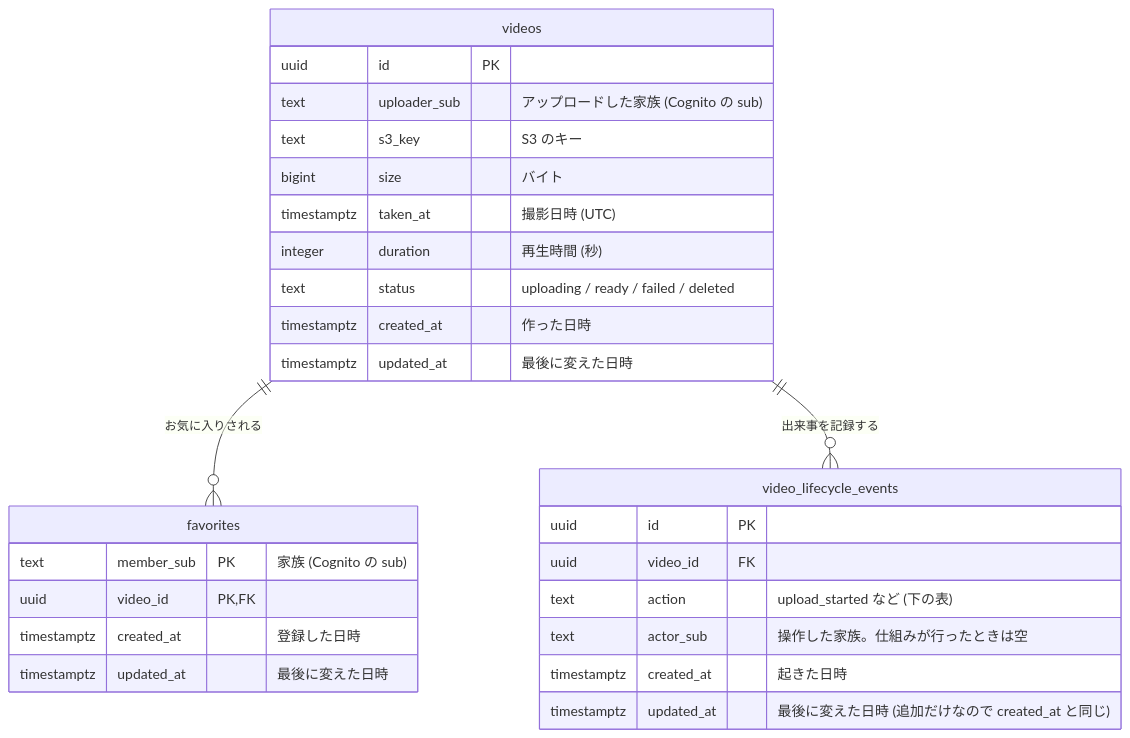
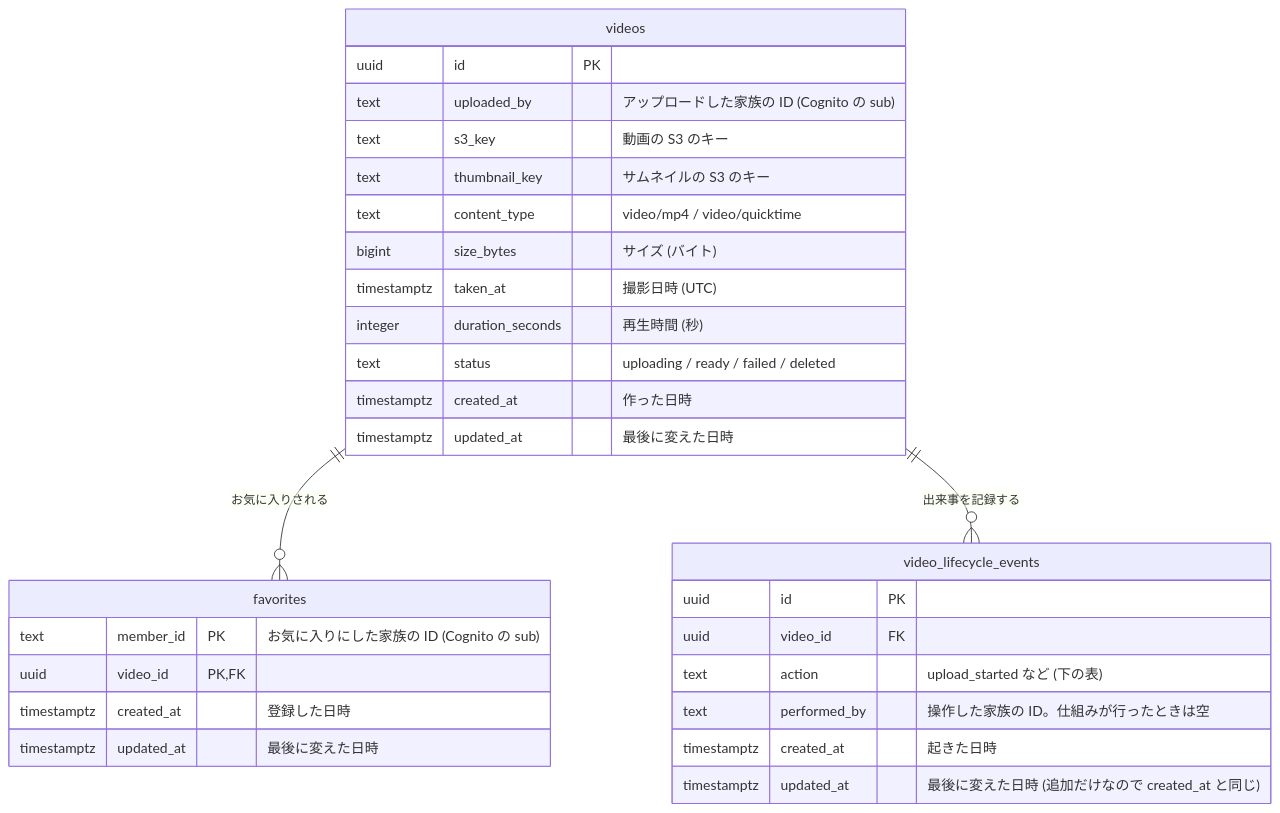
Before and after one commit to Inouey1008/family-video: the first of 2 diagrams in docs/specs/data.md, drawn with Mermaid. The commit also changed other lines of this file, not shown here.

Commit message:
docs: 列の名前をそろえ、サムネイルのキーと Content-Type の列を足す

````diff
--- a/docs/specs/data.md
+++ b/docs/specs/data.md
@@ -9,30 +9,32 @@
 ```mermaid
 erDiagram
   videos ||--o{ favorites : "お気に入りされる"
   videos ||--o{ video_lifecycle_events : "出来事を記録する"
   videos {
     uuid id PK
-    text uploader_sub "アップロードした家族 (Cognito の sub)"
-    text s3_key "S3 のキー"
-    bigint size "バイト"
+    text uploaded_by "アップロードした家族の ID (Cognito の sub)"
+    text s3_key "動画の S3 のキー"
+    text thumbnail_key "サムネイルの S3 のキー"
+    text content_type "video/mp4 / video/quicktime"
+    bigint size_bytes "サイズ (バイト)"
     timestamptz taken_at "撮影日時 (UTC)"
-    integer duration "再生時間 (秒)"
+    integer duration_seconds "再生時間 (秒)"
     text status "uploading / ready / failed / deleted"
     timestamptz created_at "作った日時"
     timestamptz updated_at "最後に変えた日時"
   }
   favorites {
-    text member_sub PK "家族 (Cognito の sub)"
+    text member_id PK "お気に入りにした家族の ID (Cognito の sub)"
     uuid video_id PK, FK
     timestamptz created_at "登録した日時"
     timestamptz updated_at "最後に変えた日時"
   }
   video_lifecycle_events {
     uuid id PK
     uuid video_id FK
     text action "upload_started など (下の表)"
-    text actor_sub "操作した家族。仕組みが行ったときは空"
+    text performed_by "操作した家族の ID。仕組みが行ったときは空"
     timestamptz created_at "起きた日時"
     timestamptz updated_at "最後に変えた日時 (追加だけなので created_at と同じ)"
   }
 ```
````
